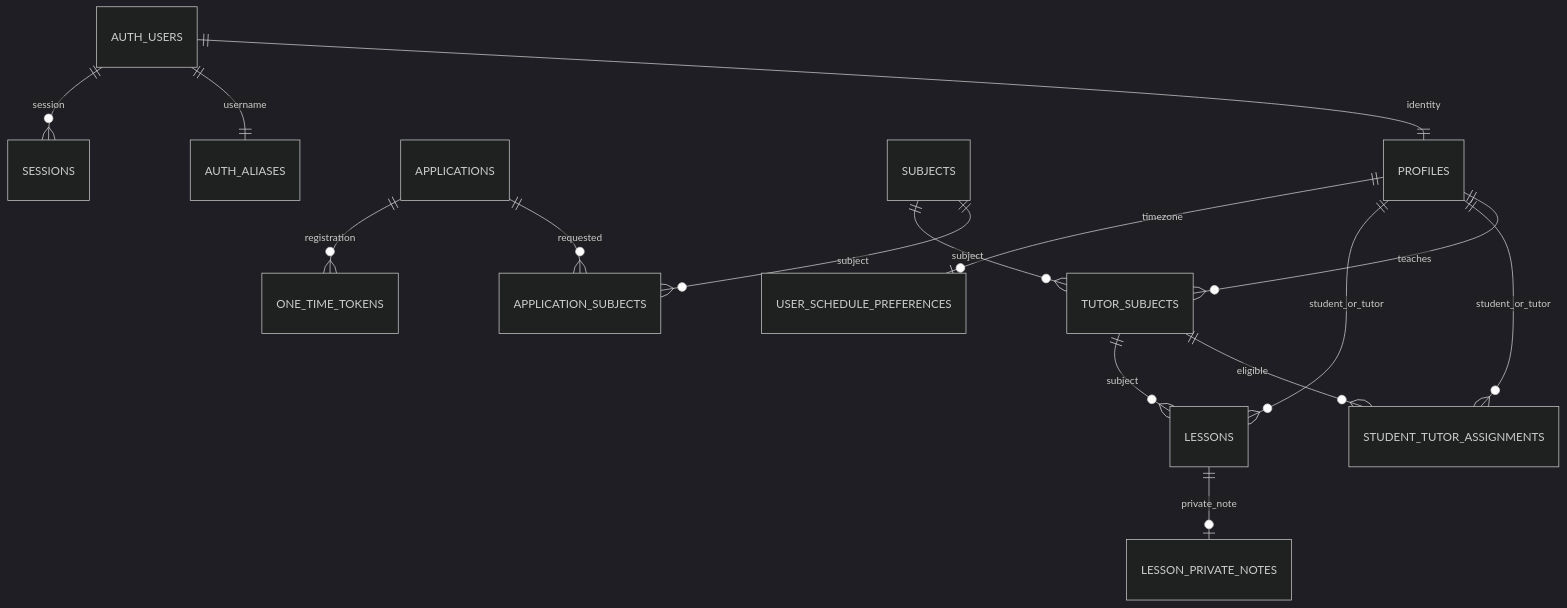
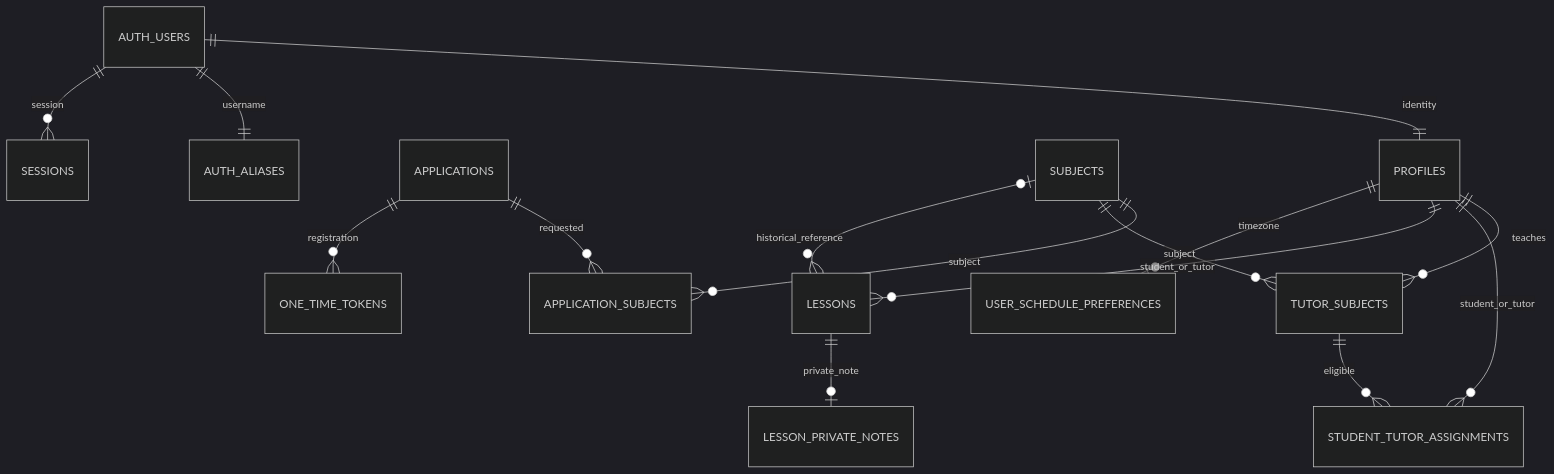
The diagram in docs/database.md (hytthynn/tutorgate-v2), drawn with Mermaid (dark theme) before and after one commit. The commit also changed other lines of this file and 66 other files, not shown here.

````diff
--- a/docs/database.md
+++ b/docs/database.md
@@ -5,17 +5,17 @@
 ```mermaid
 erDiagram
  AUTH_USERS ||--|| PROFILES : identity
  AUTH_USERS ||--|| AUTH_ALIASES : username
  APPLICATIONS ||--o{ APPLICATION_SUBJECTS : requested
  SUBJECTS ||--o{ APPLICATION_SUBJECTS : subject
  PROFILES ||--o{ TUTOR_SUBJECTS : teaches
  SUBJECTS ||--o{ TUTOR_SUBJECTS : subject
  PROFILES ||--o{ STUDENT_TUTOR_ASSIGNMENTS : student_or_tutor
  TUTOR_SUBJECTS ||--o{ STUDENT_TUTOR_ASSIGNMENTS : eligible
  PROFILES ||--o{ LESSONS : student_or_tutor
- TUTOR_SUBJECTS ||--o{ LESSONS : subject
+ SUBJECTS |o--o{ LESSONS : historical_reference
  LESSONS ||--o| LESSON_PRIVATE_NOTES : private_note
  PROFILES ||--o| USER_SCHEDULE_PREFERENCES : timezone
  APPLICATIONS ||--o{ ONE_TIME_TOKENS : registration
  AUTH_USERS ||--o{ SESSIONS : session
 ```
````
